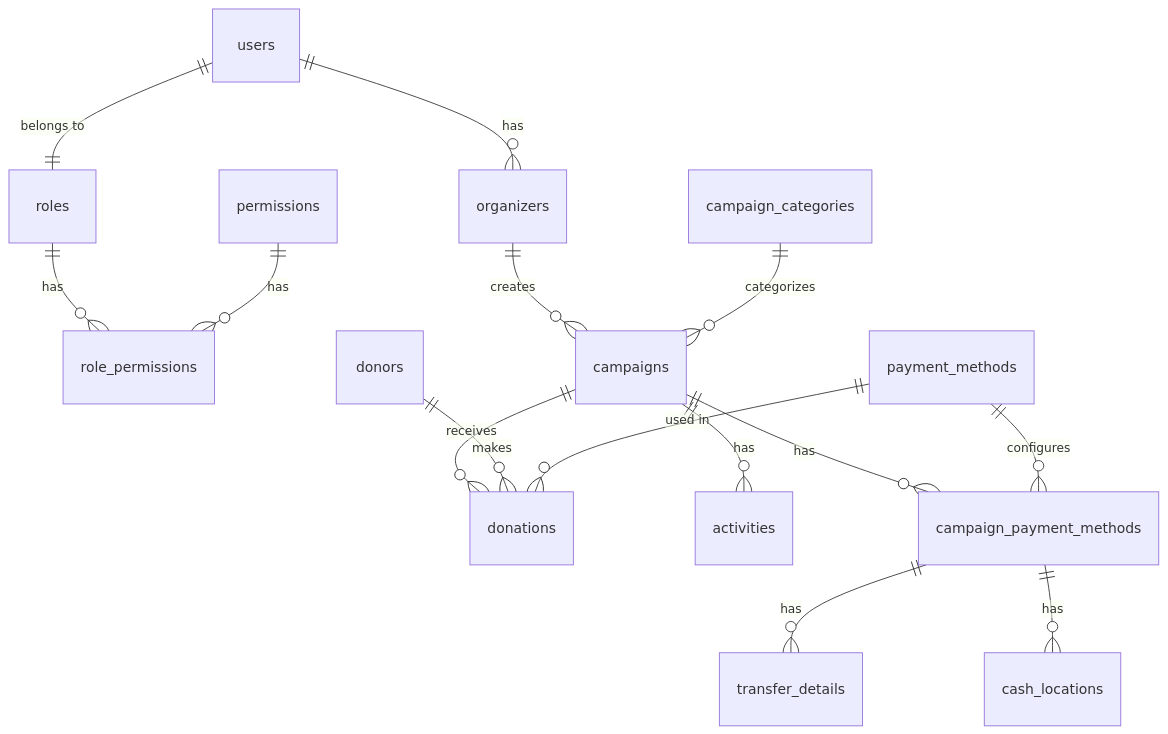
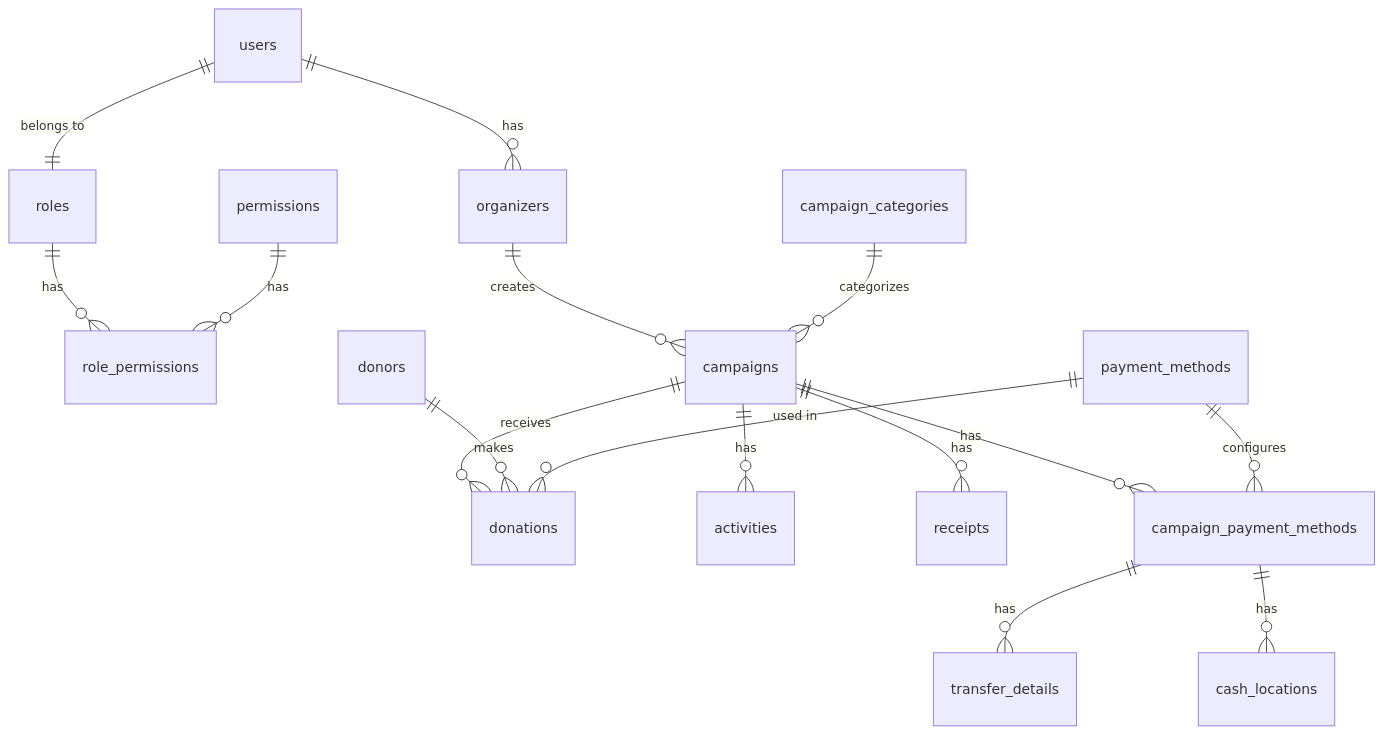
One commit to Enzorossi95/dona_tutti_api changed the diagram in backend_app_information.md. Above: the diagram before and after it, drawn with Mermaid. The commit also changed other lines of this file and 17 other files, not shown here.

````diff
--- a/backend_app_information.md
+++ b/backend_app_information.md
@@ -1068,20 +1208,21 @@
 ```mermaid
 erDiagram
     users ||--o{ organizers : "has"
     users ||--|| roles : "belongs to"
     roles ||--o{ role_permissions : "has"
     permissions ||--o{ role_permissions : "has"
     
     organizers ||--o{ campaigns : "creates"
     campaign_categories ||--o{ campaigns : "categorizes"
     campaigns ||--o{ donations : "receives"
     campaigns ||--o{ activities : "has"
+    campaigns ||--o{ receipts : "has"
     campaigns ||--o{ campaign_payment_methods : "has"
     
     donors ||--o{ donations : "makes"
     payment_methods ||--o{ donations : "used in"
     payment_methods ||--o{ campaign_payment_methods : "configures"
     
     campaign_payment_methods ||--o{ transfer_details : "has"
     campaign_payment_methods ||--o{ cash_locations : "has"
 ```
````
